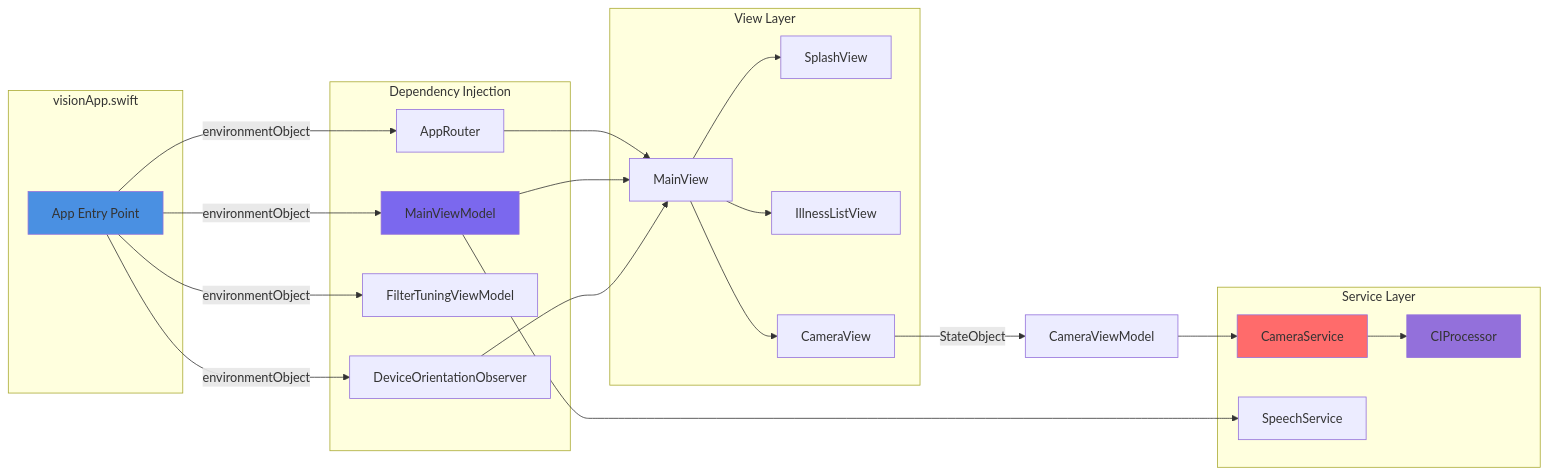
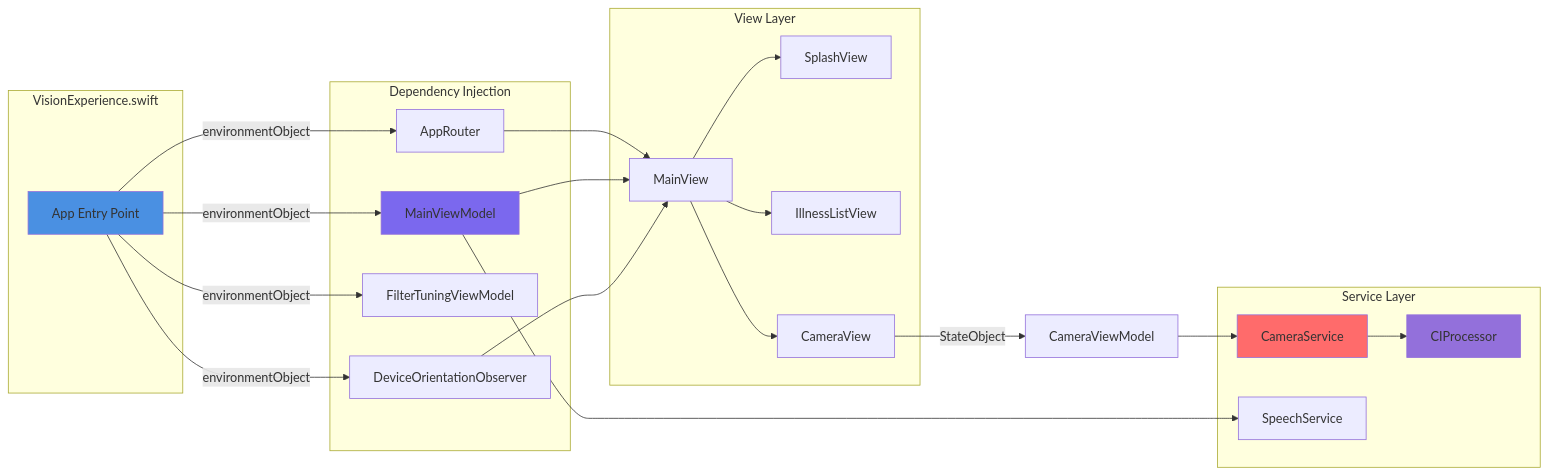
One commit to robertteleng/vision-experience-ios changed the seventh of 7 diagrams in README.md. Above: the diagram before and after it, drawn with Mermaid. The commit also changed other lines of this file and 123 other files, not shown here.

First line of the commit message:
refactor: rename project visionApp → VisionExperience

````diff
--- a/README.md
+++ b/README.md
@@ -709,49 +709,49 @@
 ```mermaid
 graph LR
-    subgraph App["visionApp.swift"]
+    subgraph App["VisionExperience.swift"]
         Entry[App Entry Point]
     end
     
     subgraph Injection["Dependency Injection"]
         R[AppRouter]
         MVM[MainViewModel]
         TVM[FilterTuningViewModel]
         DO[DeviceOrientationObserver]
     end
     
     subgraph Views["View Layer"]
         MV[MainView]
         SV[SplashView]
         IL[IllnessListView]
         CV[CameraView]
     end
     
     subgraph Services["Service Layer"]
         CS[CameraService]
         SS[SpeechService]
         CI[CIProcessor]
     end
     
     Entry -->|environmentObject| R
     Entry -->|environmentObject| MVM
     Entry -->|environmentObject| TVM
     Entry -->|environmentObject| DO
     
     R --> MV
     MVM --> MV
     DO --> MV
     
     MV --> SV
     MV --> IL
     MV --> CV
     
     CV -->|StateObject| CVM[CameraViewModel]
     CVM --> CS
     CS --> CI
     MVM --> SS
     
     style Entry fill:#4A90E2
     style MVM fill:#7B68EE
     style CS fill:#FF6B6B
     style CI fill:#9370DB
 ```
````
